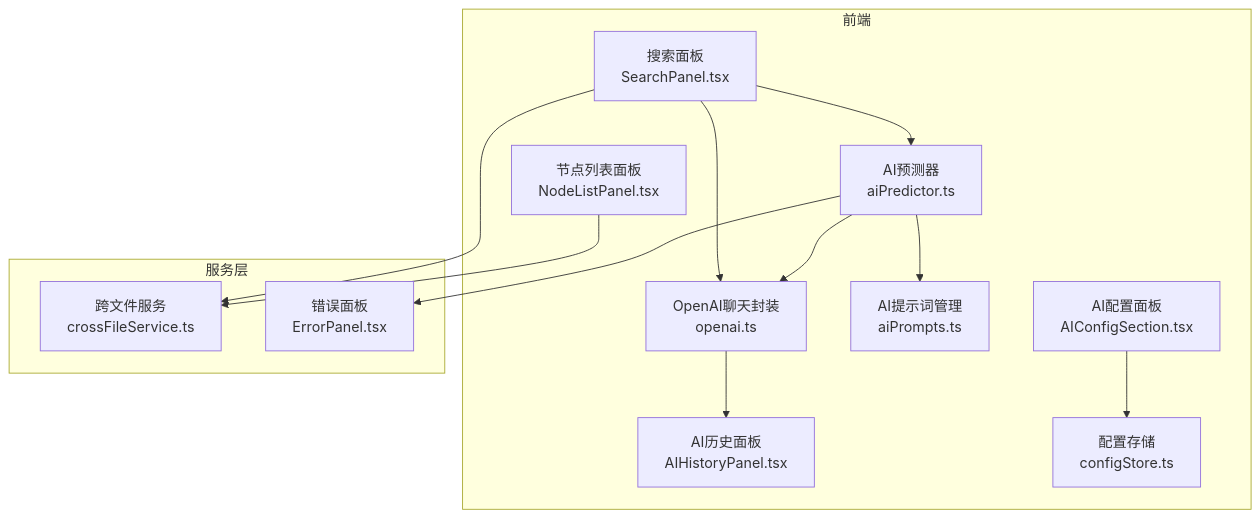
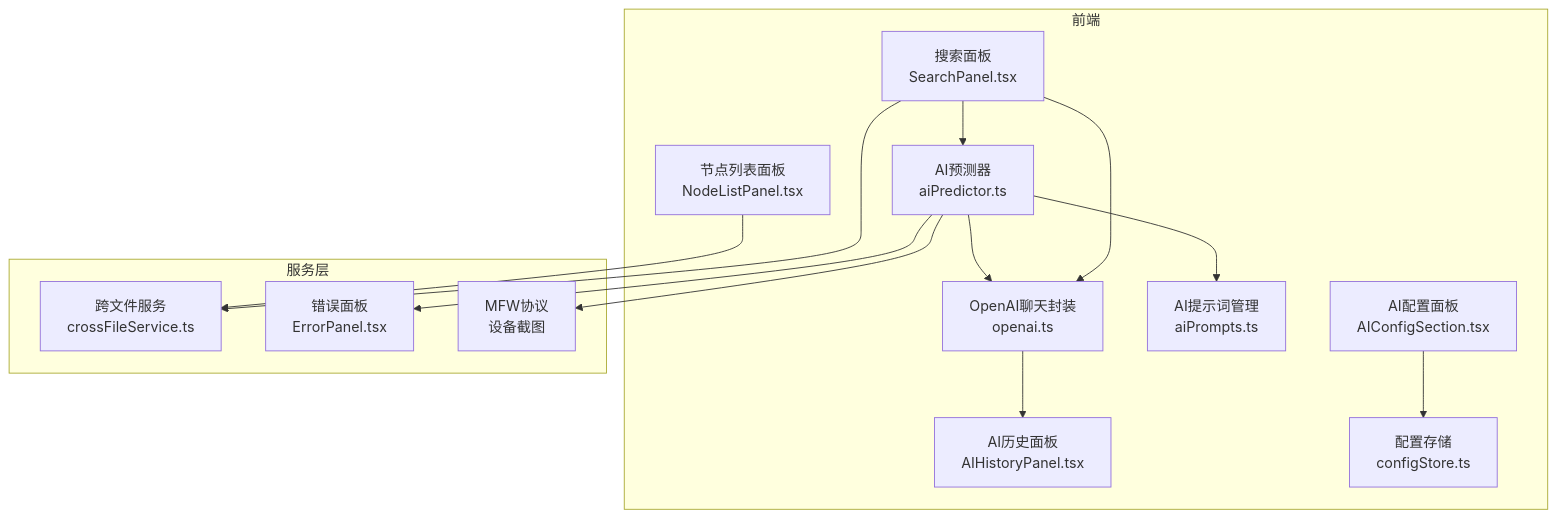
One commit to kqcoxn/MaaPipelineEditor changed the first of 9 diagrams in .qoder/repowiki/zh/content/AI辅助功能/AI辅助功能.md. Above: the diagram before and after it, drawn with Mermaid. The commit also changed other lines of this file and 51 other files, not shown here.

````diff
--- a/.qoder/repowiki/zh/content/AI辅助功能/AI辅助功能.md
+++ b/.qoder/repowiki/zh/content/AI辅助功能/AI辅助功能.md
@@ -46,26 +44,28 @@
 ```mermaid
 graph TB
 subgraph "前端"
 SP["搜索面板<br/>SearchPanel.tsx"]
 NLP["节点列表面板<br/>NodeListPanel.tsx"]
 AICFG["AI配置面板<br/>AIConfigSection.tsx"]
+AIPROMPT["AI提示词管理<br/>aiPrompts.ts"]
 AIPRED["AI预测器<br/>aiPredictor.ts"]
-AIPROMPT["AI提示词管理<br/>aiPrompts.ts"]
 OPENAI["OpenAI聊天封装<br/>openai.ts"]
 HIS["AI历史面板<br/>AIHistoryPanel.tsx"]
 CFG["配置存储<br/>configStore.ts"]
 end
 subgraph "服务层"
 CFS["跨文件服务<br/>crossFileService.ts"]
 ERR["错误面板<br/>ErrorPanel.tsx"]
+MFW["MFW协议<br/>设备截图"]
 end
 SP --> AIPRED
 SP --> OPENAI
 SP --> CFS
 NLP --> CFS
+AIPRED --> AIPROMPT
 AIPRED --> OPENAI
-AIPRED --> AIPROMPT
+AIPRED --> MFW
 OPENAI --> HIS
 AICFG --> CFG
 AIPRED --> ERR
 ```
````
